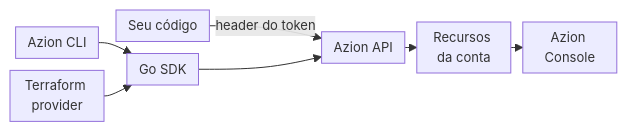
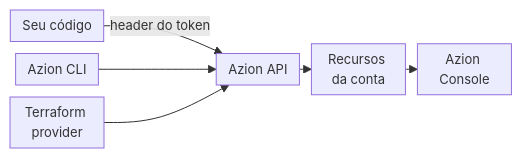
One commit to aziontech/docs changed the diagram in apps/docs/src/content/docs/pt-br/pages/menu-principal/recursos-adicionais/developer-tools/primeiros-passos-api.mdx. Above: the diagram before and after it, drawn with Mermaid. The commit also changed other lines of this file and 31 other files, not shown here.

````diff
--- a/apps/docs/src/content/docs/pt-br/pages/menu-principal/recursos-adicionais/developer-tools/primeiros-passos-api.mdx
+++ b/apps/docs/src/content/docs/pt-br/pages/menu-principal/recursos-adicionais/developer-tools/primeiros-passos-api.mdx
@@ -67,10 +67,9 @@
 ```mermaid
 %%{init: {"layout": "dagre", "themeVariables": {"fontSize": "13px"}, "flowchart": {"nodeSpacing": 12, "rankSpacing": 12, "padding": 6, "wrappingWidth": 70, "minNodeWidth": 40, "useMaxWidth": true}}}%%
 flowchart LR
   Code["Seu código"] -->|"header do token"| Api["Azion API"]
-  Cli["Azion CLI"] --> Sdk["Go SDK"]
-  Tf["Terraform provider"] --> Sdk
-  Sdk --> Api
+  Cli["Azion CLI"] --> Api
+  Tf["Terraform provider"] --> Api
   Api --> Res["Recursos da conta"]
   Res --> Con["Azion Console"]
 ```
````
